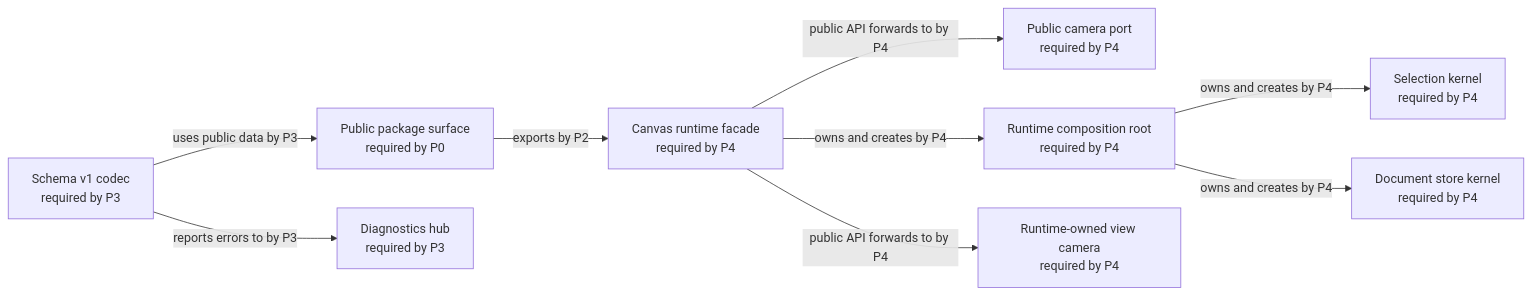
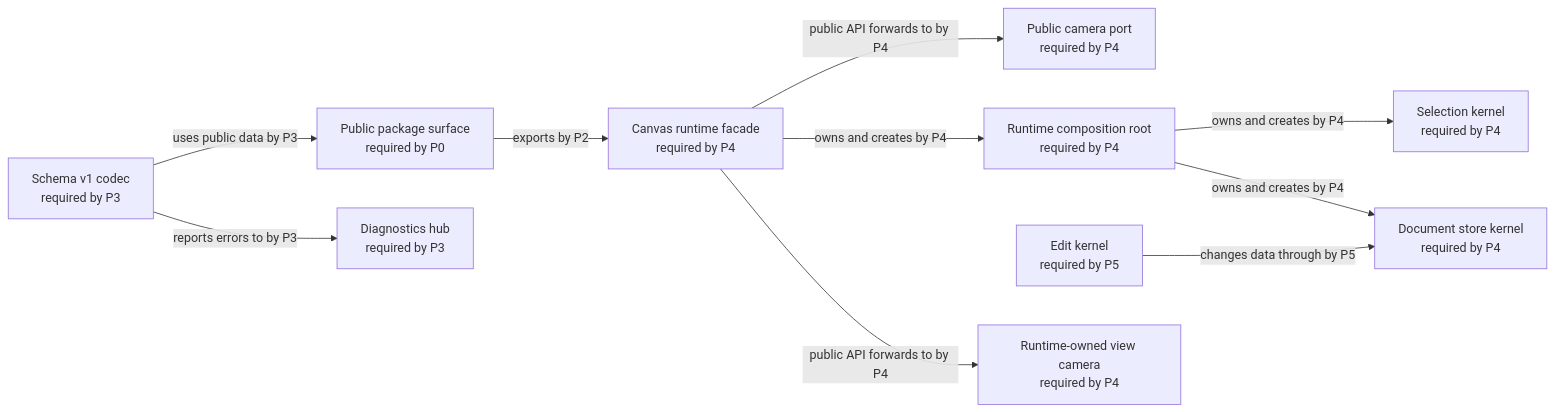
One commit to GreatPika/iwb_canvas_engine changed the diagram in docs/diagrams/generated/current_phase.mmd. Above: the diagram before and after it, drawn with Mermaid. The commit also changed 14 other files, not shown here.

```diff
--- a/docs/diagrams/generated/current_phase.mmd
+++ b/docs/diagrams/generated/current_phase.mmd
@@ -1,22 +1,24 @@
 %% GENERATED FILE. Do not edit by hand.
 %% Source: docs/architecture/architecture_graph.yaml
 %% View: Selected phase architecture graph
-%% Selected phase: P4
+%% Selected phase: P5
 flowchart LR
   api_camera_port["Public camera port<br/>required by P4"]
   api_canvas_runtime["Canvas runtime facade<br/>required by P4"]
   api_public_surface["Public package surface<br/>required by P0"]
   codec_schema_v1["Schema v1 codec<br/>required by P3"]
   diagnostics_hub["Diagnostics hub<br/>required by P3"]
+  edit_kernel["Edit kernel<br/>required by P5"]
   runtime_root["Runtime composition root<br/>required by P4"]
   runtime_view_camera["Runtime-owned view camera<br/>required by P4"]
   selection_kernel["Selection kernel<br/>required by P4"]
   store_document_kernel["Document store kernel<br/>required by P4"]
   api_canvas_runtime -->|public API forwards to by P4| runtime_view_camera
   api_canvas_runtime -->|owns and creates by P4| runtime_root
   api_canvas_runtime -->|public API forwards to by P4| api_camera_port
   api_public_surface -->|exports by P2| api_canvas_runtime
   codec_schema_v1 -->|reports errors to by P3| diagnostics_hub
   codec_schema_v1 -->|uses public data by P3| api_public_surface
+  edit_kernel -->|changes data through by P5| store_document_kernel
   runtime_root -->|owns and creates by P4| selection_kernel
   runtime_root -->|owns and creates by P4| store_document_kernel
```
